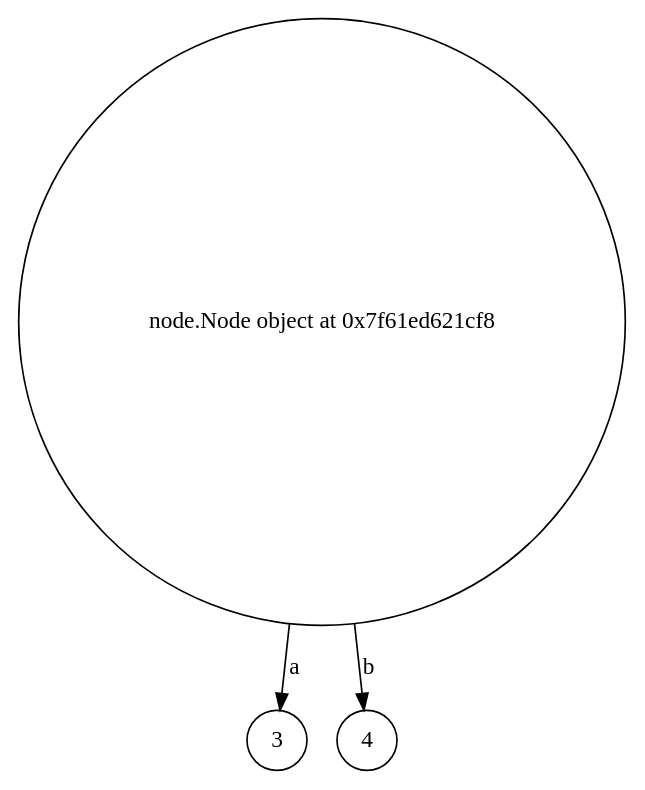
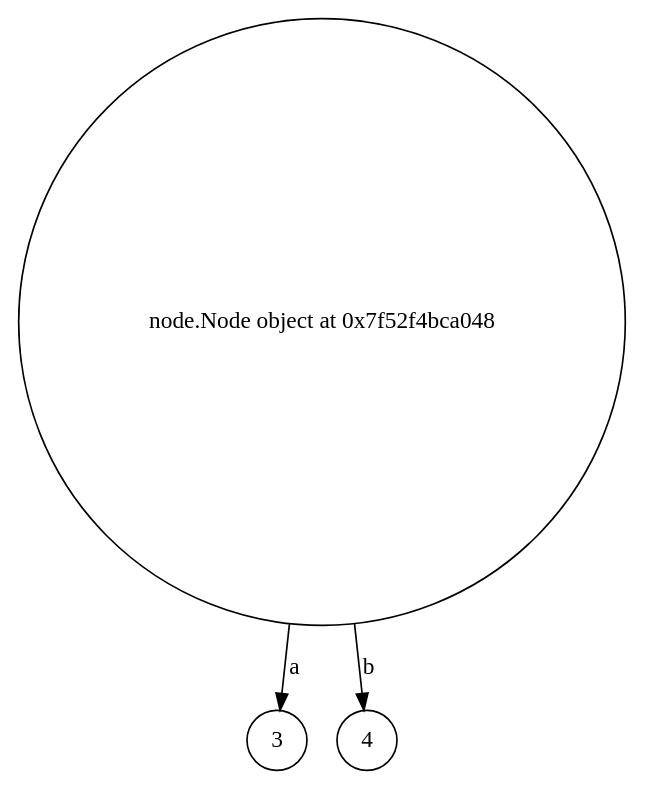
Before and after one commit to igorbragaia/CTC-34: the diagram in projeto_1/test-output/graph.gv, drawn with Graphviz. The commit also changed 3 other files, not shown here.

```diff
--- a/projeto_1/test-output/graph.gv
+++ b/projeto_1/test-output/graph.gv
@@ -1,7 +1,7 @@
 digraph {
-	<node.Node object at 0x7f61ed621cf8> [shape=circle]
+	<node.Node object at 0x7f52f4bca048> [shape=circle]
 	3 [shape=circle]
 	4 [shape=circle]
-	<node.Node object at 0x7f61ed621cf8> -> 3 [label=a]
-	<node.Node object at 0x7f61ed621cf8> -> 4 [label=b]
+	<node.Node object at 0x7f52f4bca048> -> 3 [label=a]
+	<node.Node object at 0x7f52f4bca048> -> 4 [label=b]
 }
```
